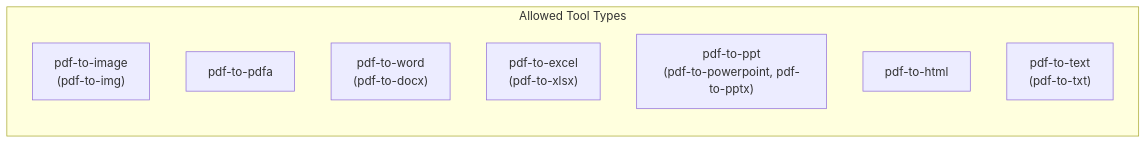
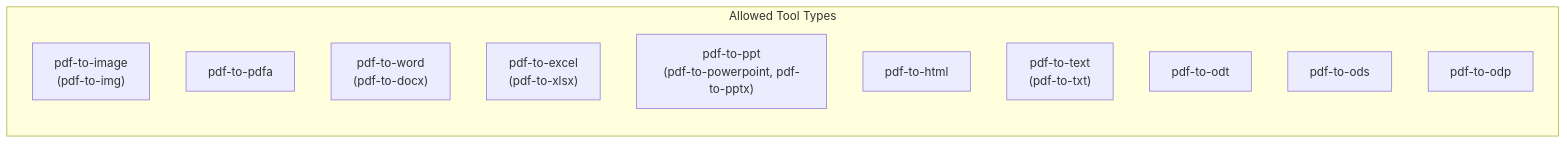
Before and after one commit to Prachidubey2003/fyredocs_backend: the second of 3 diagrams in docs/developer/mermaid/service-convert-from-pdf-architecture.md, drawn with Mermaid. The commit also changed other lines of this file and 14 other files, not shown here.

First line of the commit message:
Add LibreOffice ODF format conversion tools (ODT/ODS/ODP)

````diff
--- a/docs/developer/mermaid/service-convert-from-pdf-architecture.md
+++ b/docs/developer/mermaid/service-convert-from-pdf-architecture.md
@@ -70,12 +76,15 @@
 ```mermaid
 graph LR
     subgraph AllowedTools["Allowed Tool Types"]
         A["pdf-to-image<br/>(pdf-to-img)"]
         B["pdf-to-pdfa"]
         C["pdf-to-word<br/>(pdf-to-docx)"]
         D["pdf-to-excel<br/>(pdf-to-xlsx)"]
         E["pdf-to-ppt<br/>(pdf-to-powerpoint, pdf-to-pptx)"]
         F["pdf-to-html"]
         G["pdf-to-text<br/>(pdf-to-txt)"]
+        H["pdf-to-odt"]
+        I["pdf-to-ods"]
+        J["pdf-to-odp"]
     end
 ```
````
